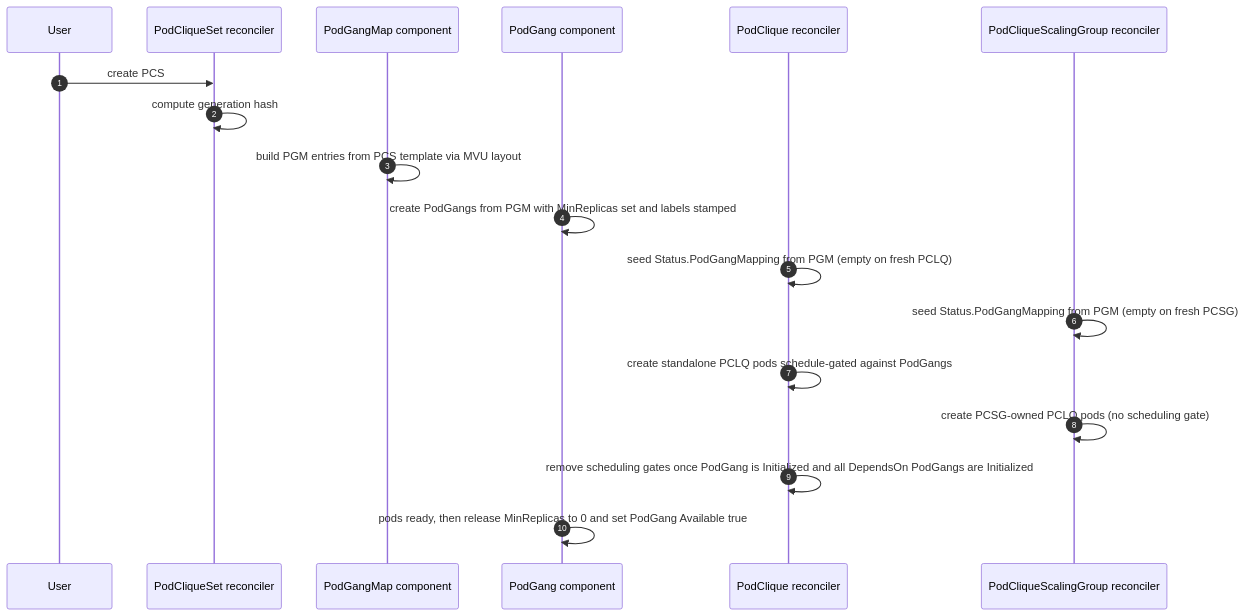
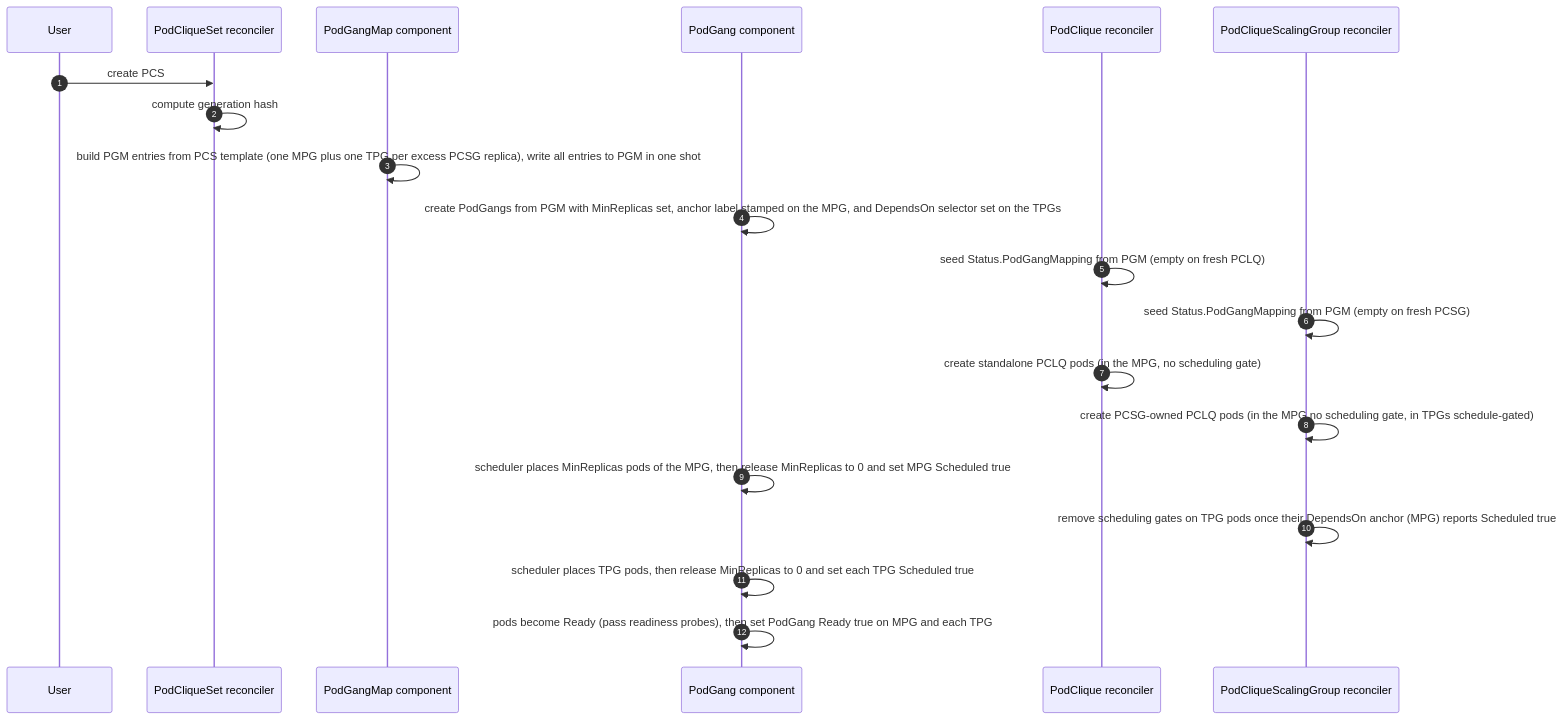
Before and after one commit to ai-dynamo/grove: the first of 5 diagrams in docs/proposals/393-coherent-rolling-updates/README.md, drawn with Mermaid. The commit also changed other lines of this file, not shown here.

First line of the commit message:
docs(GREP-393): split PodGang condition; selector-based DependsOn; cleanups

````diff
--- a/docs/proposals/393-coherent-rolling-updates/README.md
+++ b/docs/proposals/393-coherent-rolling-updates/README.md
@@ -436,21 +443,23 @@
 ```mermaid
 sequenceDiagram
   autonumber
   participant User
   participant PCS as PodCliqueSet reconciler
   participant PGM as PodGangMap component
   participant PG as PodGang component
   participant PCLQ as PodClique reconciler
   participant PCSG as PodCliqueScalingGroup reconciler
 
   User->>PCS: create PCS
   PCS->>PCS: compute generation hash
-  PGM->>PGM: build PGM entries from PCS template via MVU layout
-  PG->>PG: create PodGangs from PGM with MinReplicas set and labels stamped
+  PGM->>PGM: build PGM entries from PCS template (one MPG plus one TPG per excess PCSG replica), write all entries to PGM in one shot
+  PG->>PG: create PodGangs from PGM with MinReplicas set, anchor label stamped on the MPG, and DependsOn selector set on the TPGs
   PCLQ->>PCLQ: seed Status.PodGangMapping from PGM (empty on fresh PCLQ)
   PCSG->>PCSG: seed Status.PodGangMapping from PGM (empty on fresh PCSG)
-  PCLQ->>PCLQ: create standalone PCLQ pods schedule-gated against PodGangs
-  PCSG->>PCSG: create PCSG-owned PCLQ pods (no scheduling gate)
-  PCLQ->>PCLQ: remove scheduling gates once PodGang is Initialized and all DependsOn PodGangs are Initialized
-  PG->>PG: pods ready, then release MinReplicas to 0 and set PodGang Available true
+  PCLQ->>PCLQ: create standalone PCLQ pods (in the MPG, no scheduling gate)
+  PCSG->>PCSG: create PCSG-owned PCLQ pods (in the MPG no scheduling gate, in TPGs schedule-gated)
+  PG->>PG: scheduler places MinReplicas pods of the MPG, then release MinReplicas to 0 and set MPG Scheduled true
+  PCSG->>PCSG: remove scheduling gates on TPG pods once their DependsOn anchor (MPG) reports Scheduled true
+  PG->>PG: scheduler places TPG pods, then release MinReplicas to 0 and set each TPG Scheduled true
+  PG->>PG: pods become Ready (pass readiness probes), then set PodGang Ready true on MPG and each TPG
 ```
````
